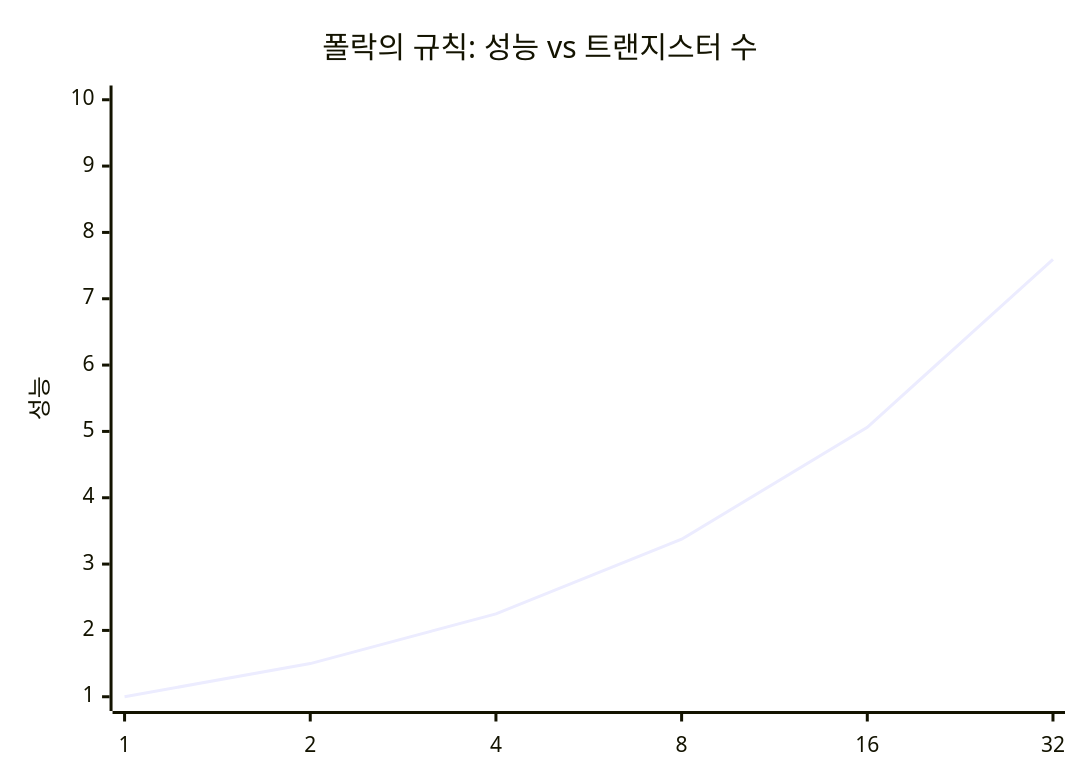
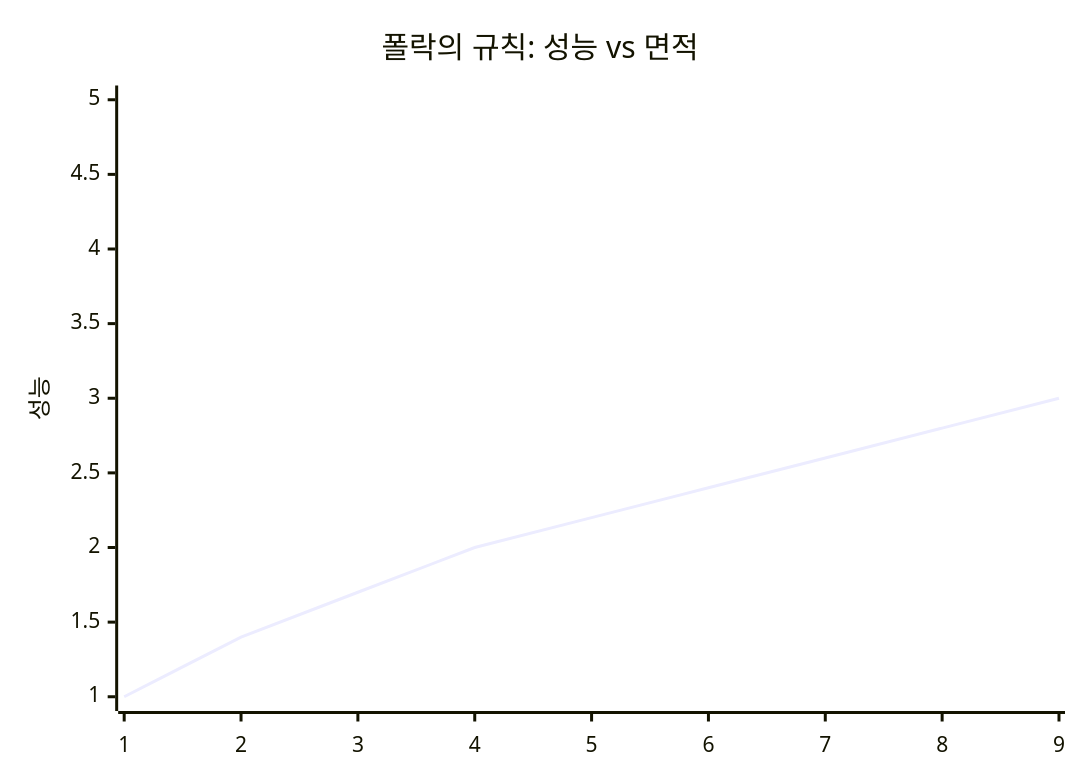
The diagram in blog/pe/architecture/pollack-s-rule.md (gracefullight/gracefullight.github.io), drawn with Mermaid before and after one commit. The commit also changed 1 other file, not shown here.

Commit message:
docs: 📚️ fix diagram

````diff
--- a/blog/pe/architecture/pollack-s-rule.md
+++ b/blog/pe/architecture/pollack-s-rule.md
@@ -20,7 +20,7 @@
 ```mermaid
 xychart-beta
-  title "폴락의 규칙: 성능 vs 트랜지스터 수"
-  x-axis [1, 2, 4, 8, 16, 32]
-  y-axis "성능" 1 --> 10
-  line [1, 1.5, 2.25, 3.375, 5.0625, 7.59375]
+  title "폴락의 규칙: 성능 vs 면적"
+  x-axis [1, 2, 3, 4, 5, 6, 7, 8, 9]
+  y-axis "성능" 1 --> 5
+  line [1, 1.4, 1.7, 2, 2.2, 2.4, 2.6, 2.8, 3]
 ```
````
